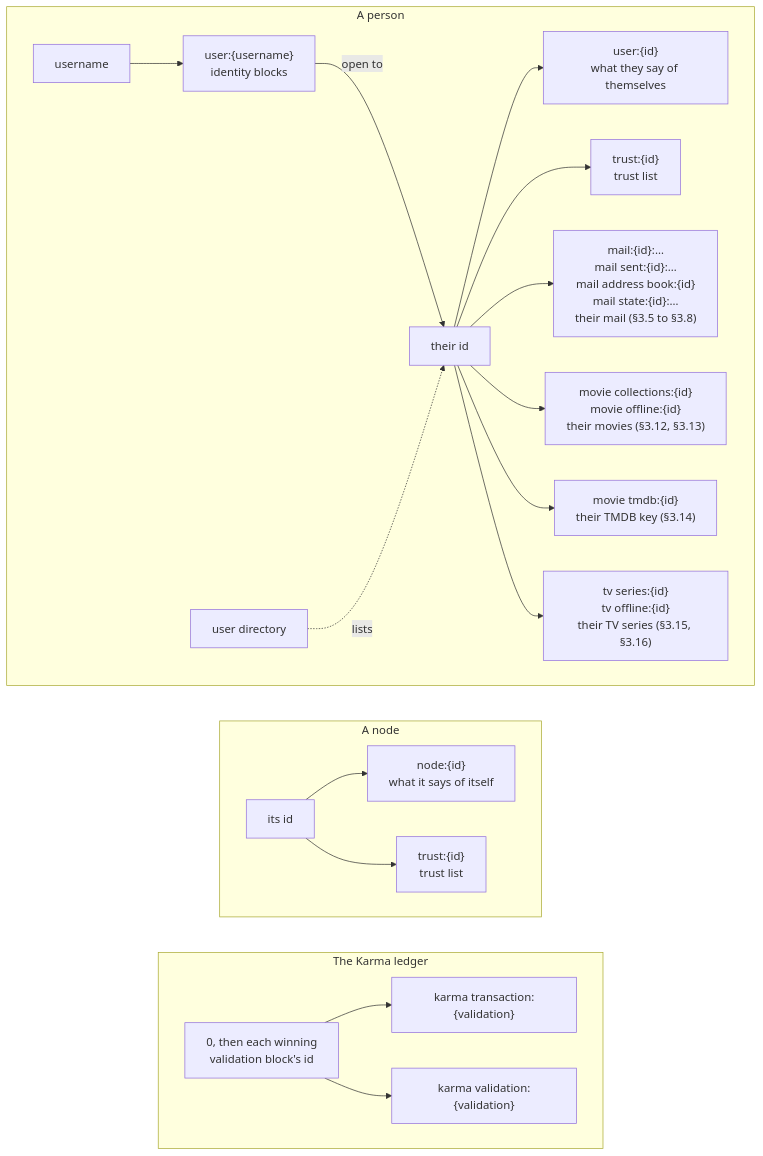
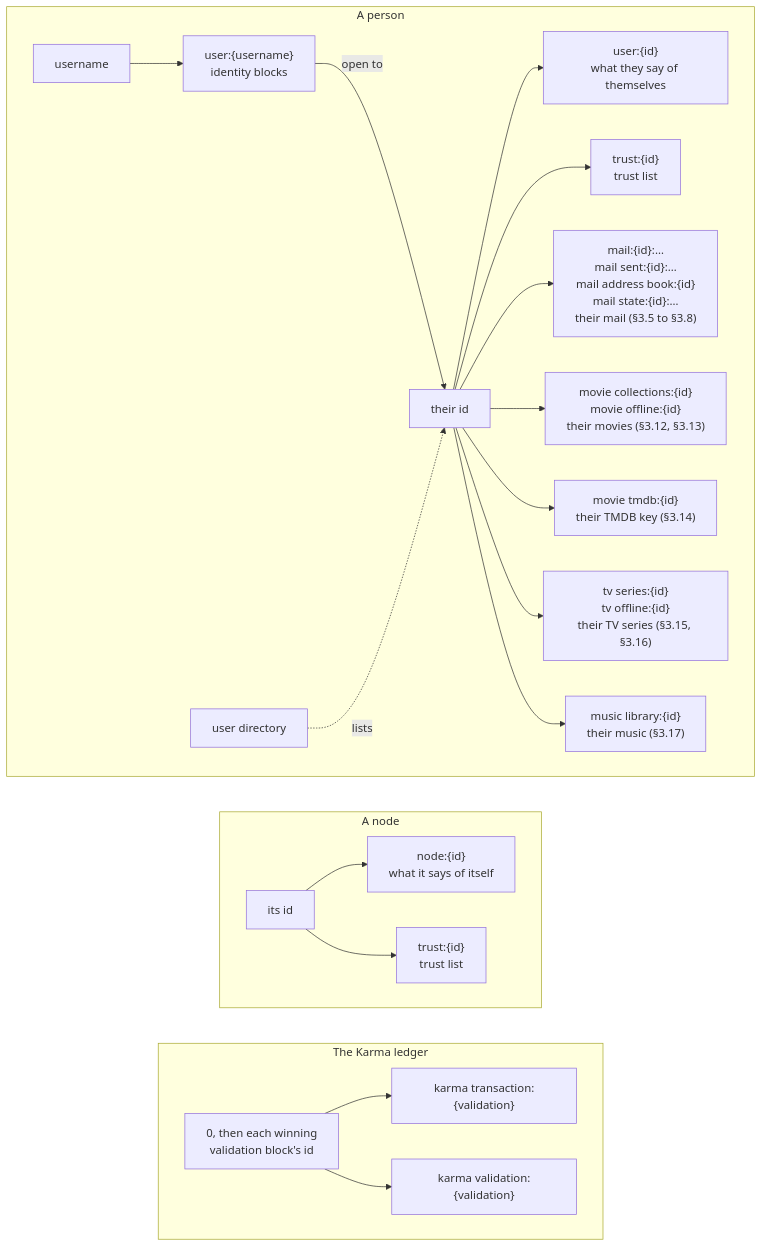
The first of 2 diagrams in docs/specs/KnownDrops.md (marcpage/libranet), drawn with Mermaid before and after one commit. The commit also changed other lines of this file and 7 other files, not shown here.

````diff
--- a/docs/specs/KnownDrops.md
+++ b/docs/specs/KnownDrops.md
@@ -39,27 +40,28 @@
 ```mermaid
 flowchart TB
     subgraph person["A person"]
         direction LR
         username["username"] --> blocks["user:{username}<br/>identity blocks"]
         blocks -->|"open to"| pid["their id"]
         directory["user directory"] -.->|lists| pid
         pid --> says["user:{id}<br/>what they say of themselves"]
         pid --> ptrust["trust:{id}<br/>trust list"]
         pid --> mail["mail:{id}:…<br/>mail sent:{id}:…<br/>mail address book:{id}<br/>mail state:{id}:…<br/>their mail (§3.5 to §3.8)"]
         pid --> movie["movie collections:{id}<br/>movie offline:{id}<br/>their movies (§3.12, §3.13)"]
         pid --> tmdb["movie tmdb:{id}<br/>their TMDB key (§3.14)"]
         pid --> tv["tv series:{id}<br/>tv offline:{id}<br/>their TV series (§3.15, §3.16)"]
+        pid --> music["music library:{id}<br/>their music (§3.17)"]
     end
     subgraph node["A node"]
         direction LR
         nid["its id"] --> nsays["node:{id}<br/>what it says of itself"]
         nid --> ntrust["trust:{id}<br/>trust list"]
     end
     subgraph karma["The Karma ledger"]
         direction LR
         validation["0, then each winning<br/>validation block's id"] --> kt["karma transaction:{validation}"]
         validation --> kv["karma validation:{validation}"]
     end
     person ~~~ node
     node ~~~ karma
 ```
````
